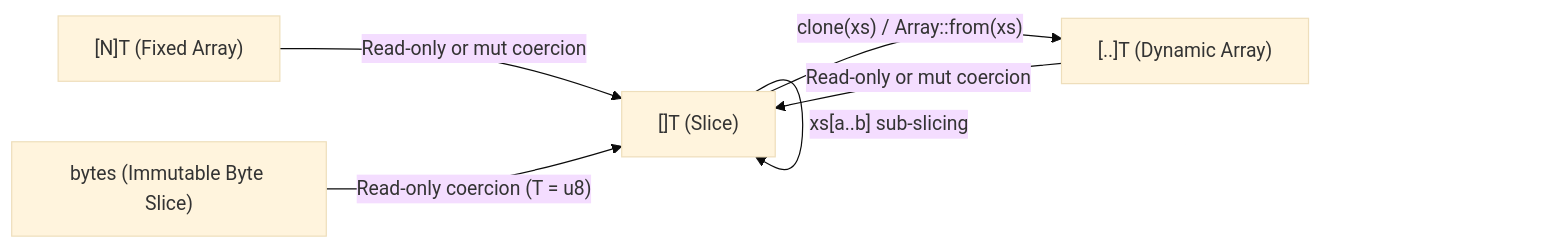
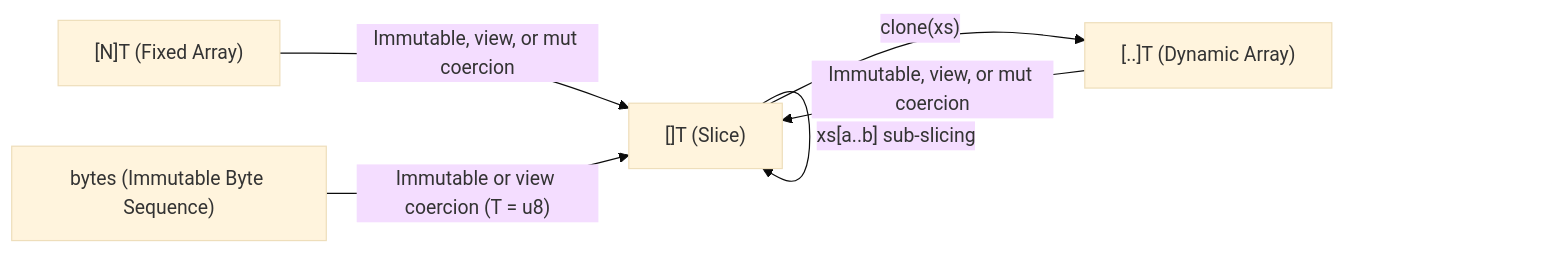
One commit to wooloo26/Ril changed the second of 2 diagrams in COLLECTIONS.md. Above: the diagram before and after it, drawn with Mermaid (base theme). The commit also changed other lines of this file, not shown here.

Commit message:
Refine COLLECTIONS.md with orthogonal view/mut bindings and 4-state return provenance

````diff
--- a/COLLECTIONS.md
+++ b/COLLECTIONS.md
@@ -51,8 +195,8 @@
 ```mermaid
 flowchart LR
-    Fixed["[N]T (Fixed Array)"] -->|"Read-only or mut coercion"| Slice["[]T (Slice)"]
-    Dyn["[..]T (Dynamic Array)"] -->|"Read-only or mut coercion"| Slice
-    Bytes["bytes (Immutable Byte Slice)"] -->|"Read-only coercion (T = u8)"| Slice
+    Fixed["[N]T (Fixed Array)"] -->|"Immutable, view, or mut coercion"| Slice["[]T (Slice)"]
+    Dyn["[..]T (Dynamic Array)"] -->|"Immutable, view, or mut coercion"| Slice
+    Bytes["bytes (Immutable Byte Sequence)"] -->|"Immutable or view coercion (T = u8)"| Slice
     Slice -->|"xs[a..b] sub-slicing"| Slice
-    Slice -->|"clone(xs) / Array::from(xs)"| Dyn
+    Slice -->|"clone(xs)"| Dyn
 ```
````
